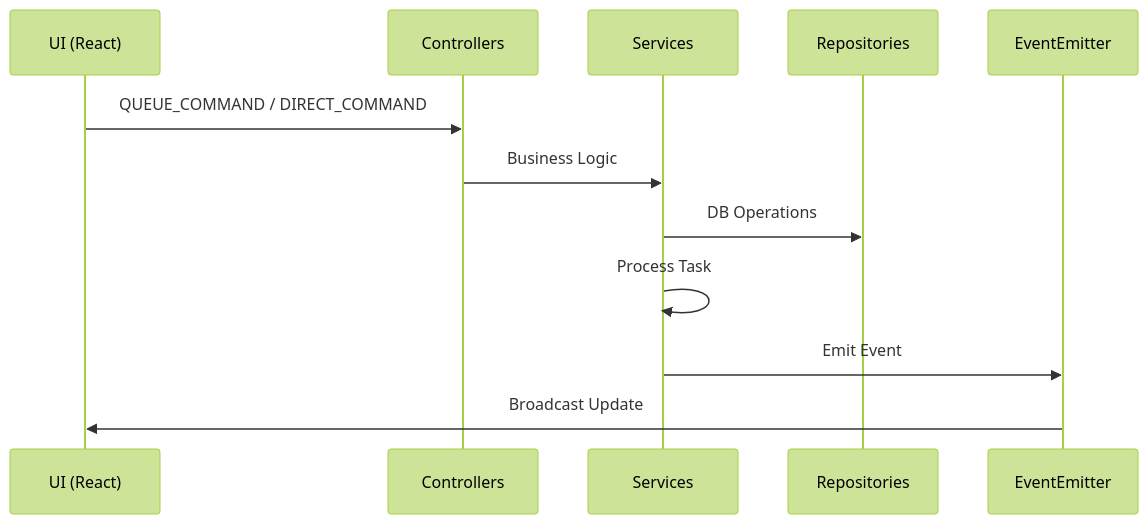
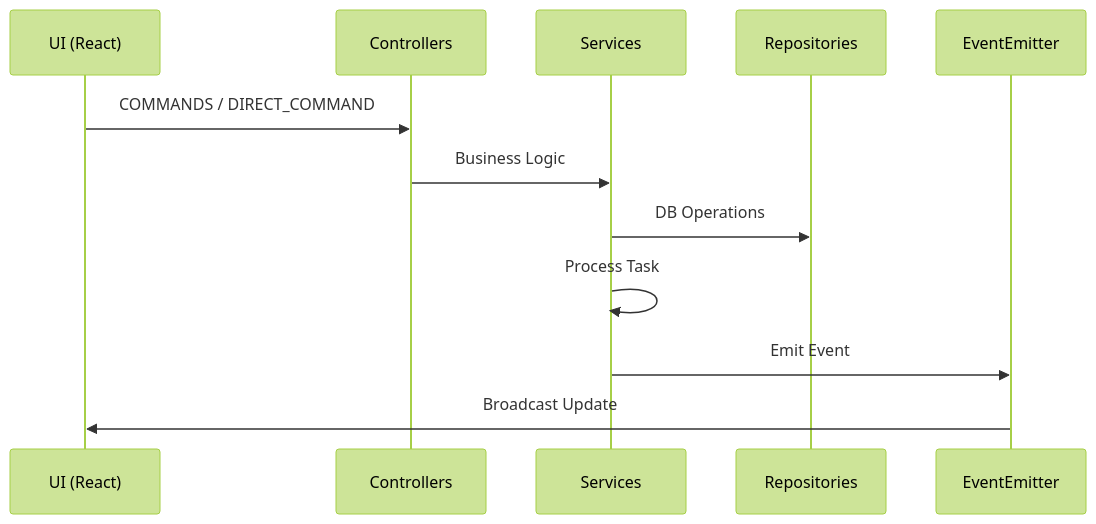
Before and after one commit to 2noScript/kernel-script: the first of 12 diagrams in README.md, drawn with Mermaid (forest theme). The commit also changed other lines of this file and 14 other files, not shown here.

Commit message:
refactor: consolidate command types and introduce dedicated task controller for refined queue management

````diff
--- a/README.md
+++ b/README.md
@@ -113,15 +113,15 @@
 ```mermaid
 sequenceDiagram
     participant UI as UI (React)
     participant Ctrl as Controllers
     participant Svc as Services
     participant Repo as Repositories
     participant Event as EventEmitter
 
-    UI->>Ctrl: QUEUE_COMMAND / DIRECT_COMMAND
+    UI->>Ctrl: COMMANDS / DIRECT_COMMAND
     Ctrl->>Svc: Business Logic
     Svc->>Repo: DB Operations
     Svc->>Svc: Process Task
     Svc->>Event: Emit Event
     Event->>UI: Broadcast Update
 ```
````
